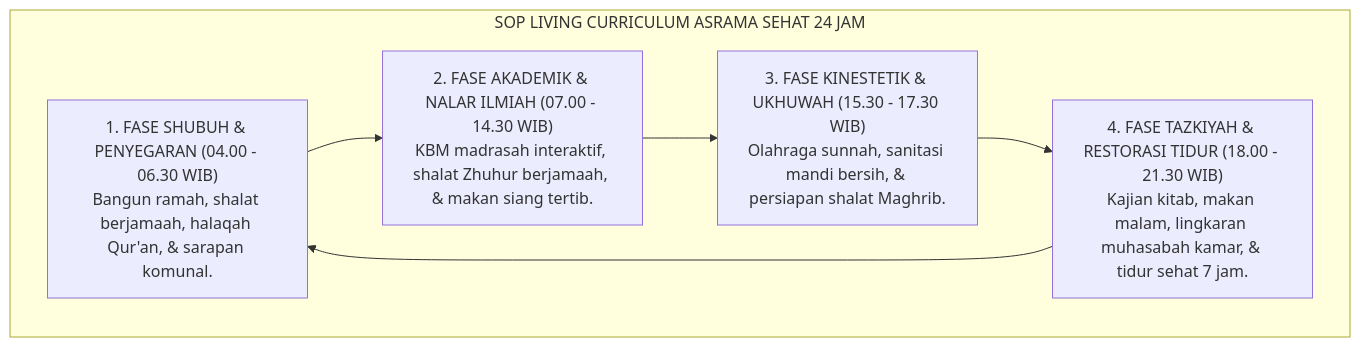
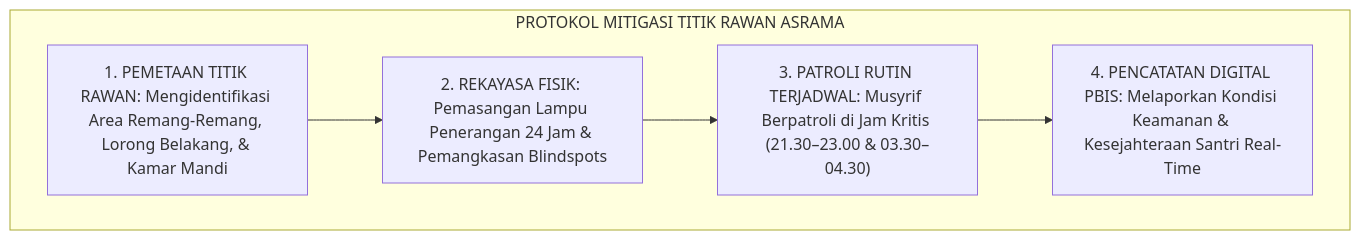
One commit to wandiapriliyandi/tumbuh changed the fourth of 4 diagrams in 01 Philosophy/04 Education/P1-04-06-Desain-Ekologi-Pendidikan-Biah-Shalihah-24-Jam.md. Above: the diagram before and after it, drawn with Mermaid. The commit also changed other lines of this file and 7 other files, not shown here.

````diff
--- a/01 Philosophy/04 Education/P1-04-06-Desain-Ekologi-Pendidikan-Biah-Shalihah-24-Jam.md
+++ b/01 Philosophy/04 Education/P1-04-06-Desain-Ekologi-Pendidikan-Biah-Shalihah-24-Jam.md
@@ -223,14 +183,9 @@
 ```mermaid
 flowchart TD
-    subgraph SOPLivingCurriculum24Jam["SOP LIVING CURRICULUM ASRAMA SEHAT 24 JAM"]
-        Pagi["1. FASE SHUBUH & PENYEGARAN (04.00 - 06.30 WIB)<br/>Bangun ramah, shalat berjamaah, halaqah Qur'an, & sarapan komunal."]
-        
-        Siang["2. FASE AKADEMIK & NALAR ILMIAH (07.00 - 14.30 WIB)<br/>KBM madrasah interaktif, shalat Zhuhur berjamaah, & makan siang tertib."]
-        
-        Sore["3. FASE KINESTETIK & UKHUWAH (15.30 - 17.30 WIB)<br/>Olahraga sunnah, sanitasi mandi bersih, & persiapan shalat Maghrib."]
-        
-        Malam["4. FASE TAZKIYAH & RESTORASI TIDUR (18.00 - 21.30 WIB)<br/>Kajian kitab, makan malam, lingkaran muhasabah kamar, & tidur sehat 7 jam."]
-        
-        Pagi --> Siang --> Sore --> Malam --> Pagi
+    subgraph ProtokolPatroliTitikRawan["PROTOKOL MITIGASI TITIK RAWAN ASRAMA"]
+        Identifikasi["1. PEMETAAN TITIK RAWAN: Mengidentifikasi Area Remang-Remang, Lorong Belakang, & Kamar Mandi"]
+        --> Terangi["2. REKAYASA FISIK: Pemasangan Lampu Penerangan 24 Jam & Pemangkasan Blindspots"]
+        --> Patroli["3. PATROLI RUTIN TERJADWAL: Musyrif Berpatroli di Jam Kritis (21.30–23.00 & 03.30–04.30)"]
+        --> Logbook["4. PENCATATAN DIGITAL PBIS: Melaporkan Kondisi Keamanan & Kesejahteraan Santri Real-Time"]
     end
 ```
````
